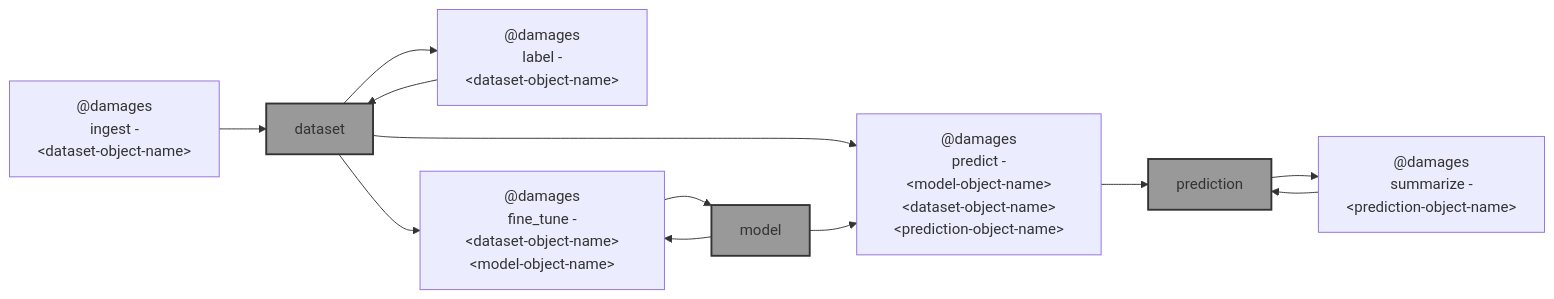
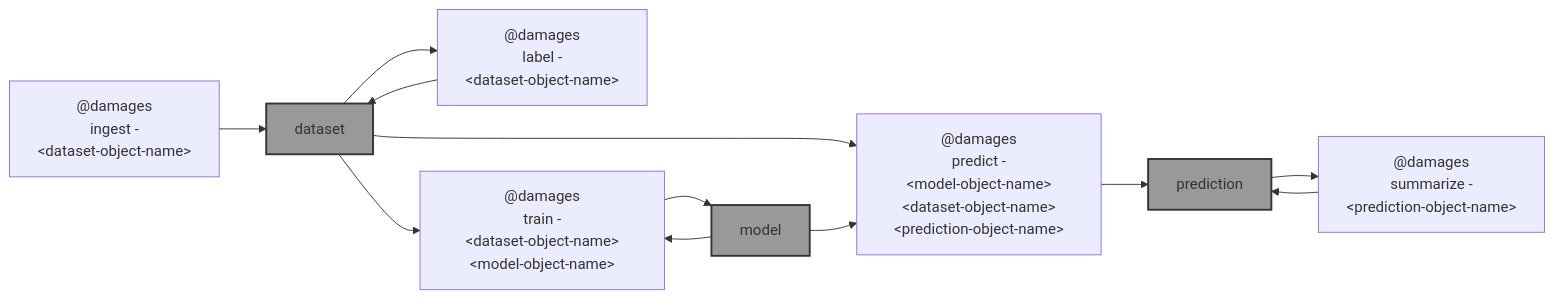
Before and after one commit to kamangir/blue-sandbox: the diagram in blue_sandbox/microsoft_building_damage_assessment/README.md, drawn with Mermaid. The commit also changed other lines of this file and 10 other files, not shown here.

Commit message:
@damages train - kamangir/bolt#746

````diff
--- a/blue_sandbox/microsoft_building_damage_assessment/README.md
+++ b/blue_sandbox/microsoft_building_damage_assessment/README.md
@@ -5,30 +5,30 @@
 ```mermaid
 graph LR
     ingest["@damages<br>ingest -<br>&lt;dataset-object-name&gt;"]
     label["@damages<br>label -<br>&lt;dataset-object-name&gt;"]
-    fine_tune["@damages<br>fine_tune -<br>&lt;dataset-object-name&gt;&lt;model-object-name&gt;"]
+    train["@damages<br>train -<br>&lt;dataset-object-name&gt;&lt;model-object-name&gt;"]
     predict["@damages<br>predict -<br>&lt;model-object-name&gt;&lt;dataset-object-name&gt;&lt;prediction-object-name&gt;"]
     summarize["@damages<br>summarize -<br>&lt;prediction-object-name&gt;"]
 
     dataset["dataset"]:::folder
     model["model"]:::folder
     prediction["prediction"]:::folder
 
     ingest --> dataset
 
     dataset --> label
     label --> dataset
 
-    dataset --> fine_tune
-    model --> fine_tune
-    fine_tune --> model
+    dataset --> train
+    model --> train
+    train --> model
 
     dataset --> predict
     model --> predict
     predict --> prediction
 
     prediction --> summarize
     summarize --> prediction
 
     classDef folder fill:#999,stroke:#333,stroke-width:2px;
 ```
````
